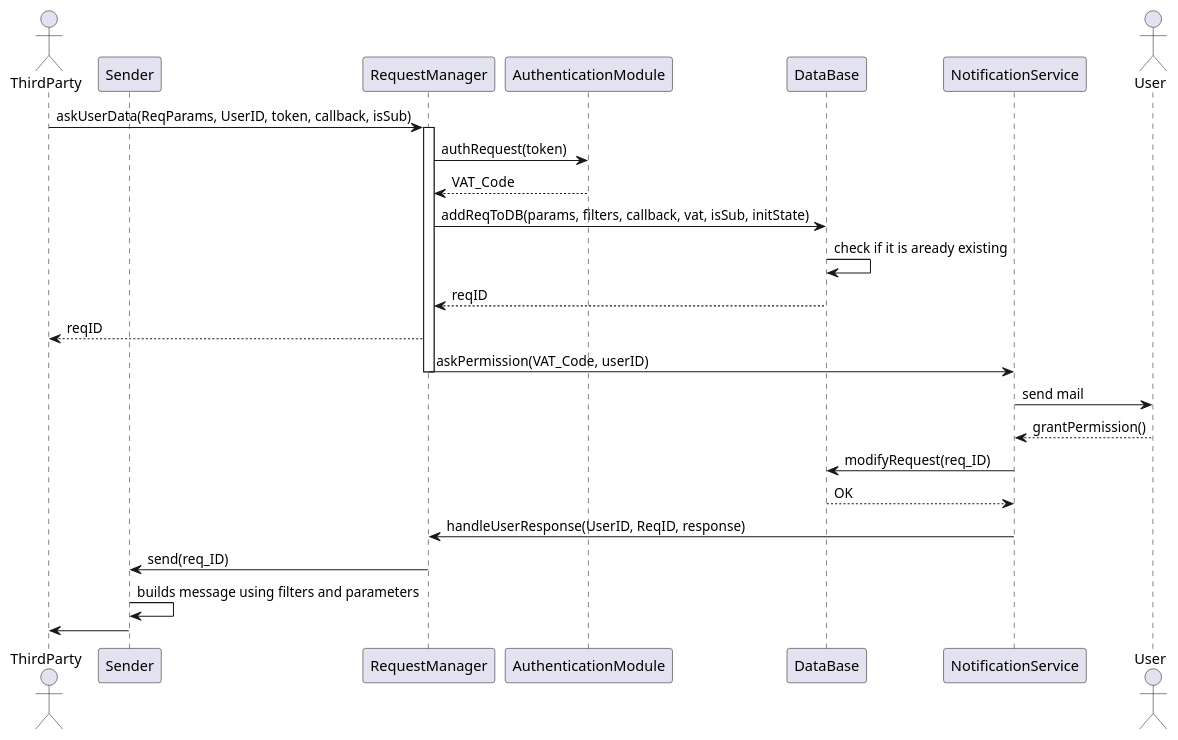
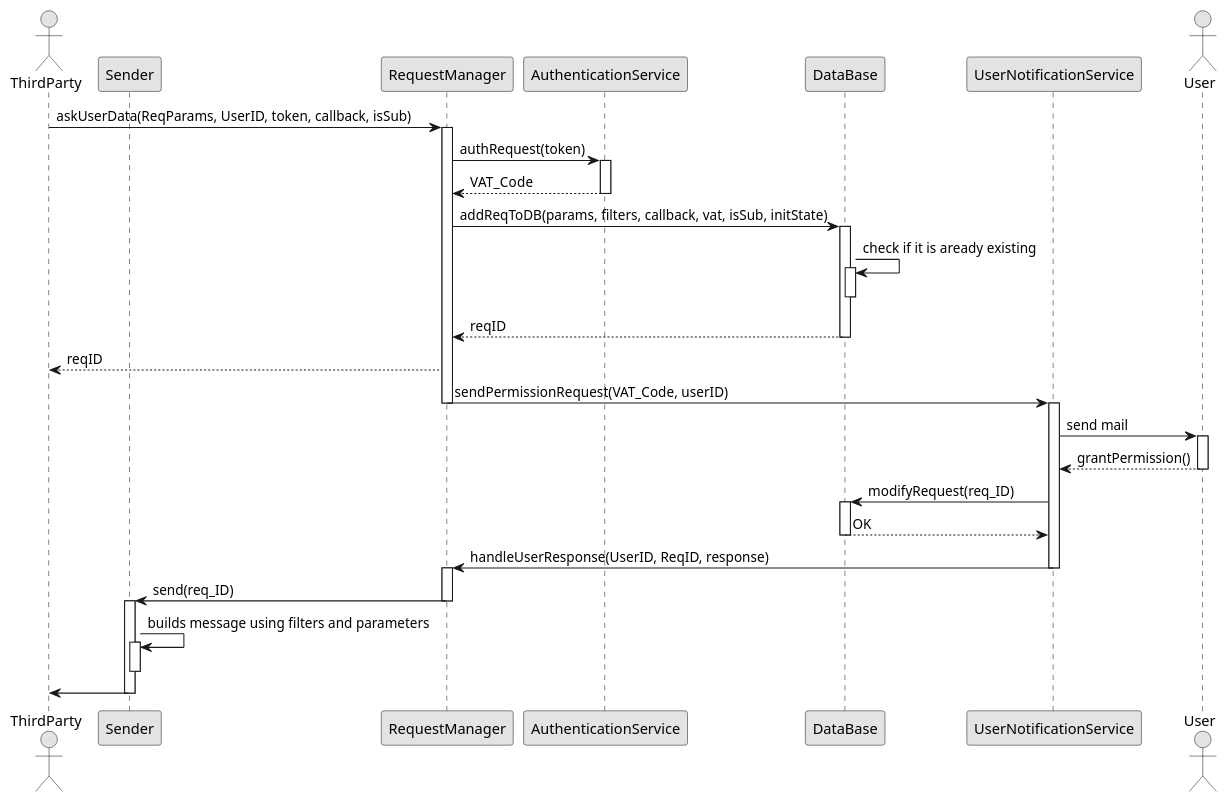
The diagram in DD/diagrams/SingleUserDataRequest_Sequence.puml (AlviseDeFaveri/BiscontiniDeFaveriGelli), drawn with PlantUML before and after one commit. The commit also changed 6 other files, not shown here.

Commit message:
added sequence diagrams

```diff
--- a/DD/diagrams/SingleUserDataRequest_Sequence.puml
+++ b/DD/diagrams/SingleUserDataRequest_Sequence.puml
@@ -1,28 +1,50 @@
 @startuml
+skinparam monochrome true
+
 actor ThirdParty as TP
 participant Sender as SND
 participant RequestManager as REQ
-participant AuthenticationModule as AUTH
+participant AuthenticationService as AUTH
 participant DataBase as DB
-participant NotificationService as NOT
+participant UserNotificationService as NOT
 actor User
 
 TP -> REQ : askUserData(ReqParams, UserID, token, callback, isSub)
 activate REQ
 REQ -> AUTH: authRequest(token)
+activate AUTH
 AUTH --> REQ: VAT_Code
+deactivate AUTH
 REQ -> DB : addReqToDB(params, filters, callback, vat, isSub, initState)
+activate DB
 DB -> DB: check if it is aready existing
+activate DB
+deactivate DB
 DB --> REQ : reqID
+deactivate DB
 REQ --> TP : reqID
-REQ -> NOT : askPermission(VAT_Code, userID)
+REQ -> NOT : sendPermissionRequest(VAT_Code, userID)
 deactivate REQ
+activate NOT
 NOT -> User : send mail
+activate User
 User --> NOT : grantPermission()
+deactivate User
 NOT -> DB : modifyRequest(req_ID)
+activate DB
 DB --> NOT : OK
+deactivate DB
+
 NOT -> REQ : handleUserResponse(UserID, ReqID, response)
+deactivate NOT
+activate REQ
+
 REQ -> SND : send(req_ID)
+deactivate REQ
+activate SND
 SND -> SND : builds message using filters and parameters
+activate SND
+deactivate SND
 SND -> TP
+deactivate SND
 @enduml
```
